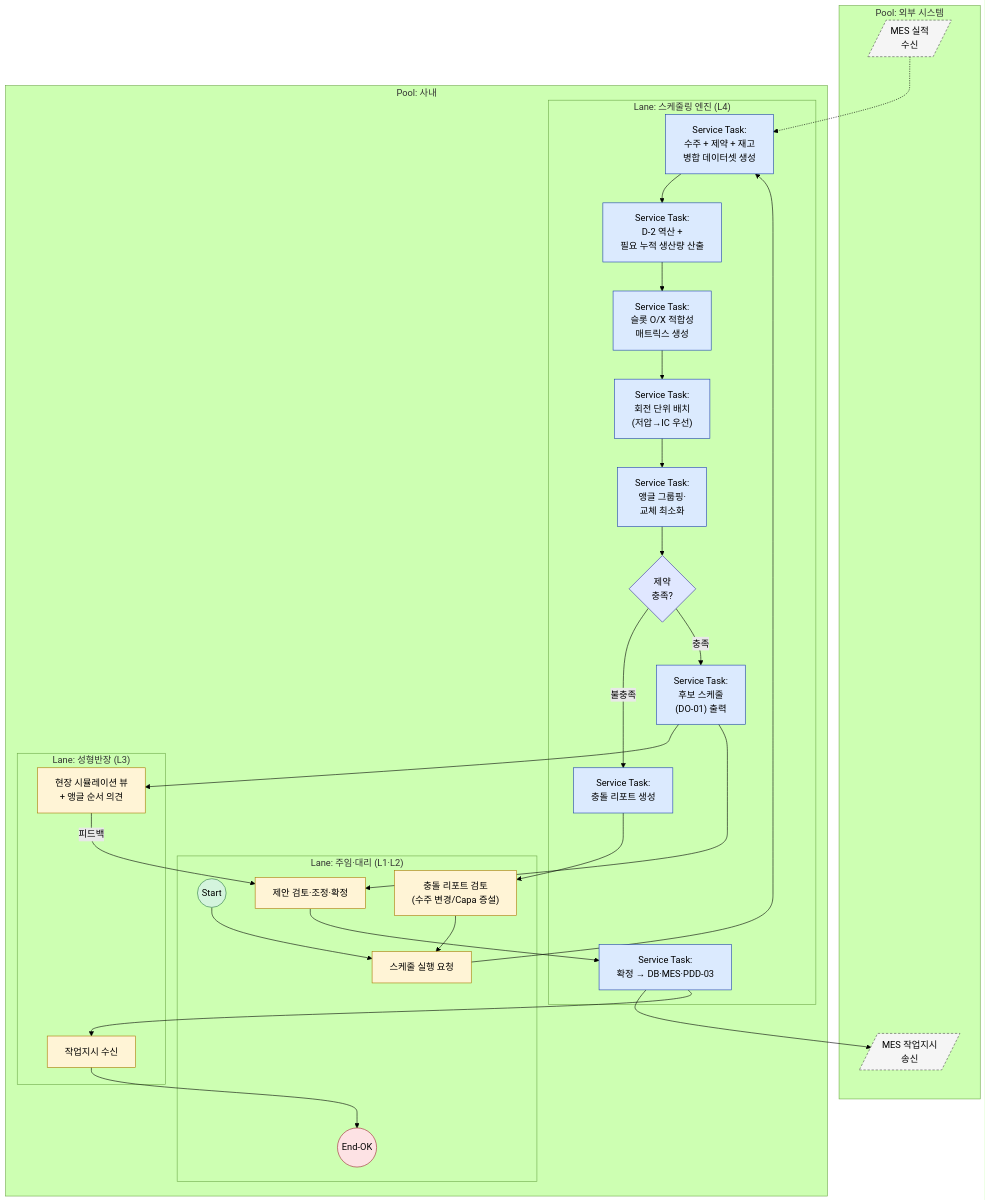
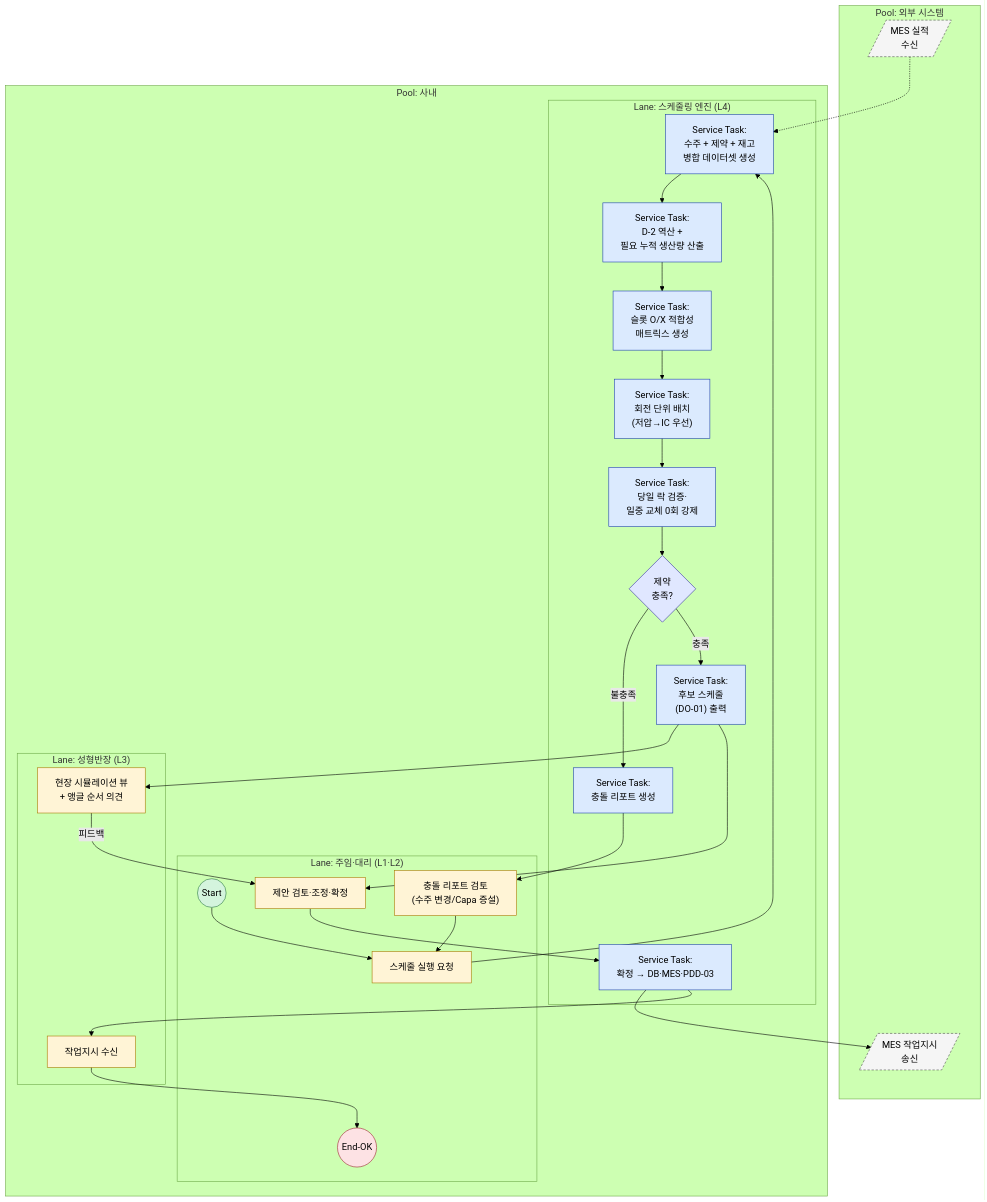
One commit to hjh890989-web/Internal-Production-Scheduling-Project changed the second of 2 diagrams in Phase 2/1.PDD/2.process_vulcanization_scheduling_Opus.md. Above: the diagram before and after it, drawn with Mermaid (forest theme). The commit also changed other lines of this file and 3 other files, not shown here.

````diff
--- a/Phase 2/1.PDD/2.process_vulcanization_scheduling_Opus.md
+++ b/Phase 2/1.PDD/2.process_vulcanization_scheduling_Opus.md
@@ -177,51 +183,51 @@
 ```mermaid
 flowchart TD
     subgraph EXT_TB["Pool: 외부 시스템"]
         MES_IN[/"MES 실적<br>수신"/]:::msg
         MES_OUT[/"MES 작업지시<br>송신"/]:::msg
     end
 
     subgraph IN_TB["Pool: 사내"]
         subgraph SYS_TB["Lane: 스케줄링 엔진 (L4)"]
             T1["Service Task:<br>수주 + 제약 + 재고<br>병합 데이터셋 생성"]:::svc
             T2["Service Task:<br>D-2 역산 +<br>필요 누적 생산량 산출"]:::svc
             T3["Service Task:<br>슬롯 O/X 적합성<br>매트릭스 생성"]:::svc
             T4["Service Task:<br>회전 단위 배치<br>(저압→IC 우선)"]:::svc
-            T5["Service Task:<br>앵글 그룹핑·<br>교체 최소화"]:::svc
+            T5["Service Task:<br>당일 락 검증·<br>일중 교체 0회 강제"]:::svc
             G_VAL{"제약<br>충족?"}:::gw
             T6["Service Task:<br>충돌 리포트 생성"]:::svc
             T7["Service Task:<br>후보 스케줄<br>(DO-01) 출력"]:::svc
             T8["Service Task:<br>확정 → DB·MES·PDD-03"]:::svc
         end
 
         subgraph U_PLAN["Lane: 주임·대리 (L1·L2)"]
             S2((Start)):::start
             U1["스케줄 실행 요청"]:::user
             U2["충돌 리포트 검토<br>(수주 변경/Capa 증설)"]:::user
             U3["제안 검토·조정·확정"]:::user
             E2((End-OK)):::endE
         end
 
         subgraph U_FLOOR["Lane: 성형반장 (L3)"]
             R1["현장 시뮬레이션 뷰<br>+ 앵글 순서 의견"]:::user
             R2["작업지시 수신"]:::user
         end
     end
 
     MES_IN -.-> T1
     S2 --> U1 --> T1 --> T2 --> T3 --> T4 --> T5 --> G_VAL
     G_VAL -- 불충족 --> T6 --> U2 --> U1
     G_VAL -- 충족 --> T7 --> R1
     R1 -->|"피드백"| U3
     T7 --> U3 --> T8
     T8 --> MES_OUT
     T8 --> R2 --> E2
 
     classDef start fill:#d4f4dd,stroke:#2c7a3f
     classDef endE fill:#fde2e4,stroke:#a02334
     classDef user fill:#fff4d6,stroke:#a87900
     classDef svc fill:#dbeafe,stroke:#1e40af
     classDef gw fill:#e0e7ff,stroke:#3730a3
     classDef data fill:#f3e8ff,stroke:#6b21a8
     classDef msg fill:#f5f5f5,stroke:#525252,stroke-dasharray:4 3
 ```
````
